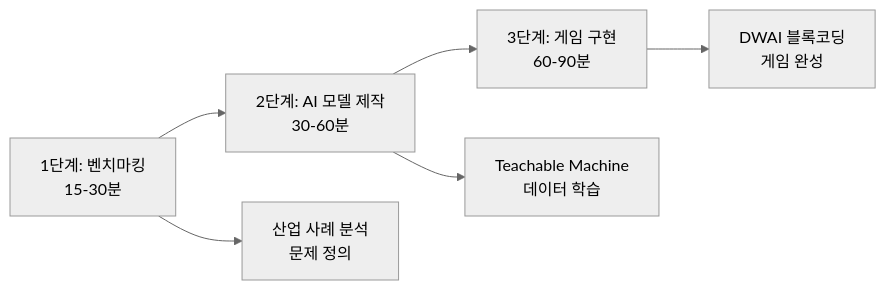
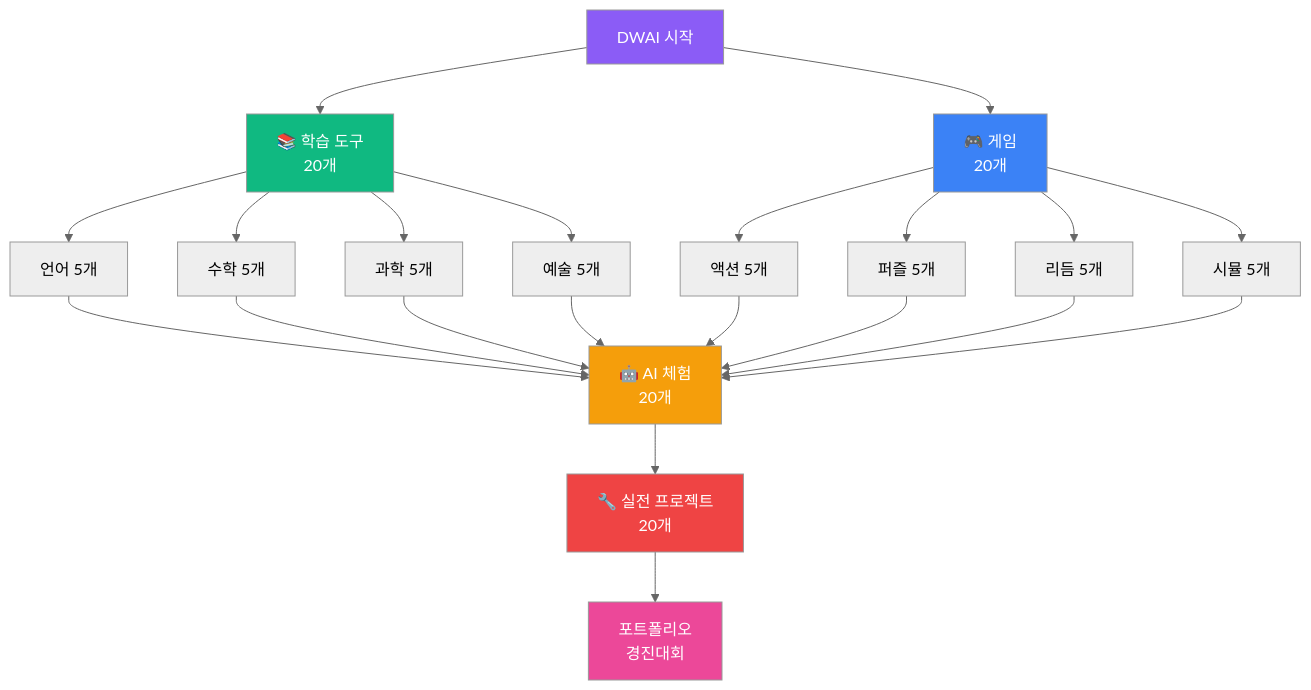
One commit to Collegenie-X/AIMakerLab_Web changed the second of 3 diagrams in documents/DWAI_키트.md. Above: the diagram before and after it, drawn with Mermaid (neutral theme). The commit also changed other lines of this file and 9 other files, not shown here.

````diff
--- a/documents/DWAI_키트.md
+++ b/documents/DWAI_키트.md
@@ -91,9 +2116,37 @@
 ```mermaid
-graph LR
-    A[1단계: 벤치마킹<br/>15-30분] --> B[2단계: AI 모델 제작<br/>30-60분]
-    B --> C[3단계: 게임 구현<br/>60-90분]
+graph TB
+    A[DWAI 시작]
     
-    A --> A1[산업 사례 분석<br/>문제 정의]
-    B --> B1[Teachable Machine<br/>데이터 학습]
-    C --> C1[DWAI 블록코딩<br/>게임 완성]
+    A --> B[📚 학습 도구<br/>20개]
+    A --> C[🎮 게임<br/>20개]
+    
+    B --> B1[언어 5개]
+    B --> B2[수학 5개]
+    B --> B3[과학 5개]
+    B --> B4[예술 5개]
+    
+    C --> C1[액션 5개]
+    C --> C2[퍼즐 5개]
+    C --> C3[리듬 5개]
+    C --> C4[시뮬 5개]
+    
+    B1 --> D[🤖 AI 체험<br/>20개]
+    B2 --> D
+    B3 --> D
+    B4 --> D
+    C1 --> D
+    C2 --> D
+    C3 --> D
+    C4 --> D
+    
+    D --> E[🔧 실전 프로젝트<br/>20개]
+    
+    E --> F[포트폴리오<br/>경진대회]
+    
+    style A fill:#8b5cf6,color:#fff
+    style B fill:#10b981,color:#fff
+    style C fill:#3b82f6,color:#fff
+    style D fill:#f59e0b,color:#fff
+    style E fill:#ef4444,color:#fff
+    style F fill:#ec4899,color:#fff
 ```
````
